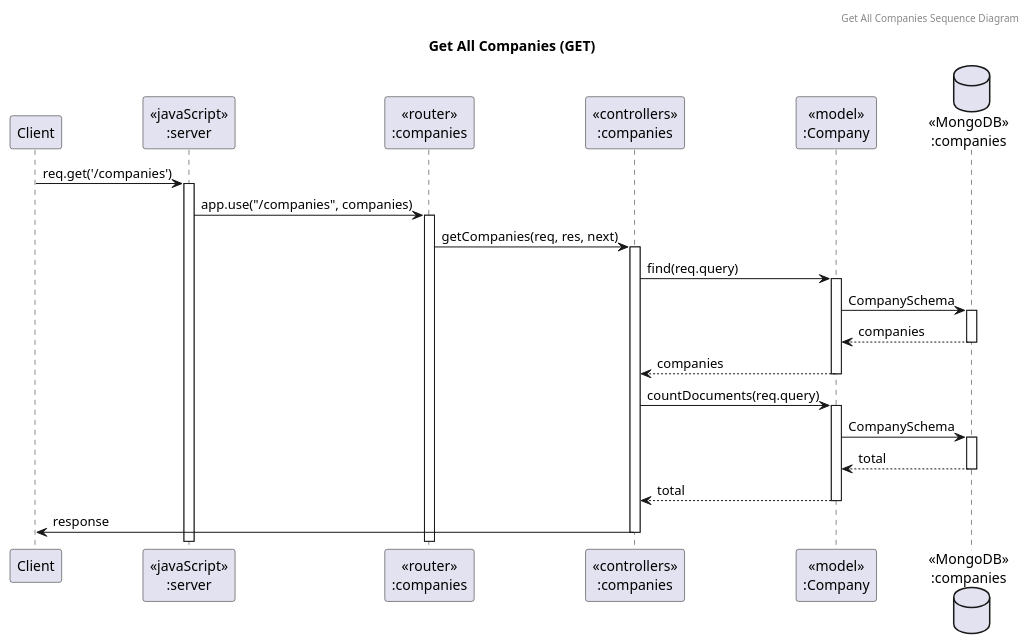
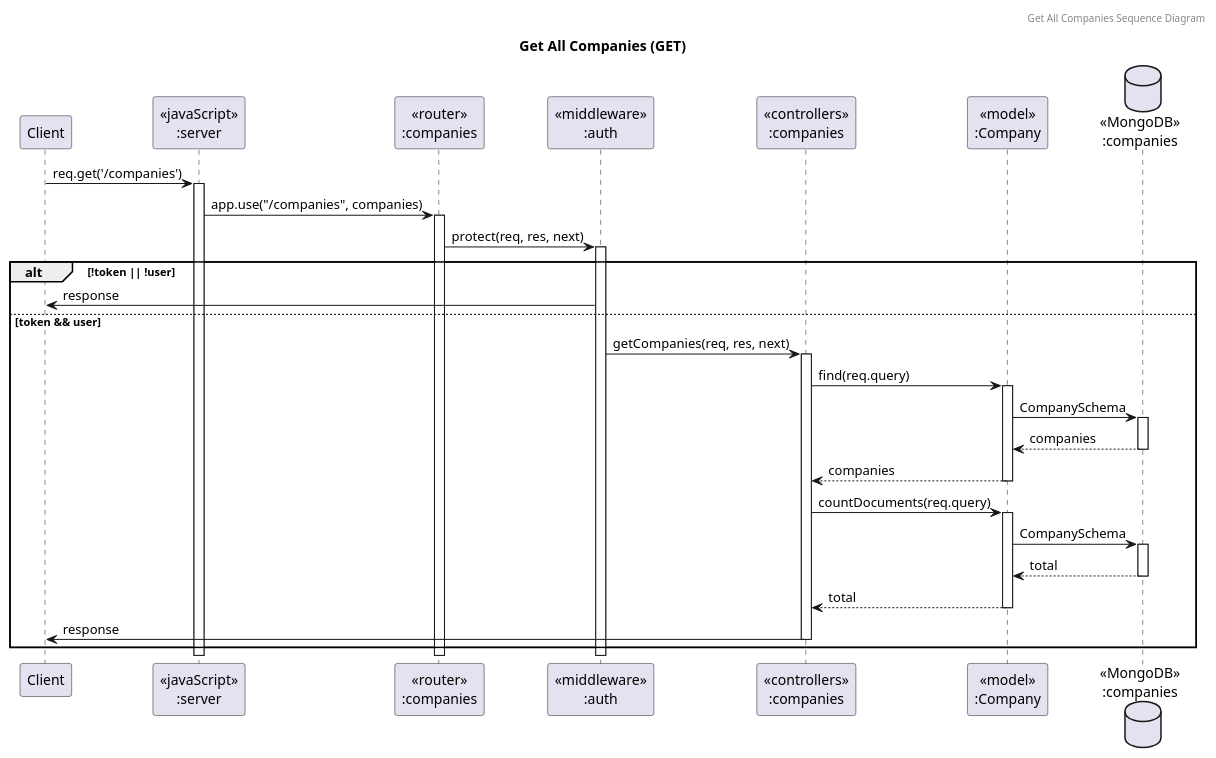
The diagram in diagrams/sequence_diagram/company/get_all_companies.puml (its144prelationship-study/swdevprac-project), drawn with PlantUML before and after one commit. The commit also changed 14 other files, not shown here.

Commit message:
fix: fix company sequence diagram

```diff
--- a/diagrams/sequence_diagram/company/get_all_companies.puml
+++ b/diagrams/sequence_diagram/company/get_all_companies.puml
@@ -1,26 +1,32 @@
 @startuml Get All Companies (GET)
 
 header Get All Companies Sequence Diagram
 title "Get All Companies (GET)"
 
 participant "Client" as client
 participant "<<javaScript>>\n:server" as server
 participant "<<router>>\n:companies" as routerCompanies
+participant "<<middleware>>\n:auth" as authMiddleware
 participant "<<controllers>>\n:companies" as controllersCompanies
 participant "<<model>>\n:Company" as modelCompanies
 database "<<MongoDB>>\n:companies" as CompaniesDatabase
 
 client -> server ++:req.get('/companies')
 server -> routerCompanies ++:app.use("/companies", companies)
-routerCompanies -> controllersCompanies ++:getCompanies(req, res, next)
-controllersCompanies -> modelCompanies ++:find(req.query)
-modelCompanies -> CompaniesDatabase ++: CompanySchema
-CompaniesDatabase --> modelCompanies --: companies
-controllersCompanies <-- modelCompanies --: companies
-controllersCompanies -> modelCompanies ++:countDocuments(req.query)
-modelCompanies -> CompaniesDatabase ++: CompanySchema
-CompaniesDatabase --> modelCompanies --: total
-controllersCompanies <-- modelCompanies --: total
-controllersCompanies -> client --: response
+routerCompanies -> authMiddleware ++:protect(req, res, next)
+alt !token || !user
+    authMiddleware -> client :response
+else token && user
+    authMiddleware -> controllersCompanies ++:getCompanies(req, res, next)
+    controllersCompanies -> modelCompanies ++:find(req.query)
+    modelCompanies -> CompaniesDatabase ++: CompanySchema
+    CompaniesDatabase --> modelCompanies --: companies
+    controllersCompanies <-- modelCompanies --: companies
+    controllersCompanies -> modelCompanies ++:countDocuments(req.query)
+    modelCompanies -> CompaniesDatabase ++: CompanySchema
+    CompaniesDatabase --> modelCompanies --: total
+    controllersCompanies <-- modelCompanies --: total
+    controllersCompanies -> client --: response
+end
 
 @enduml
```
